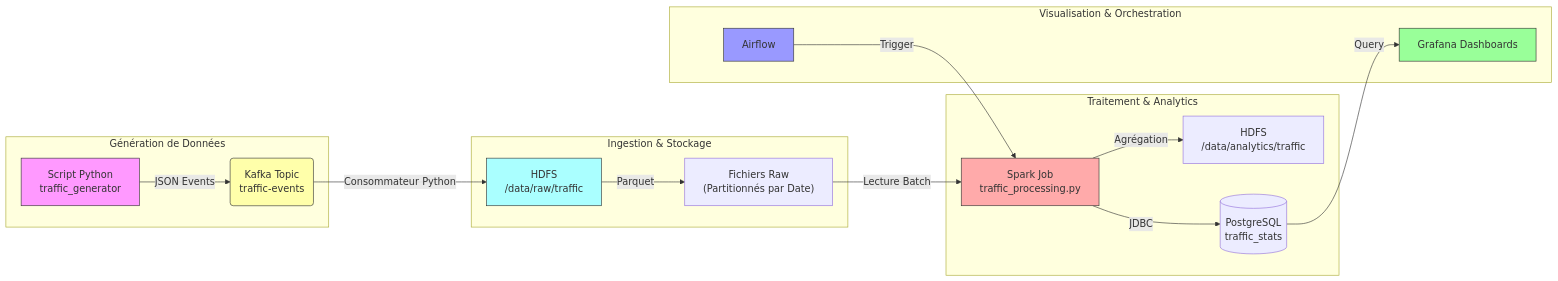
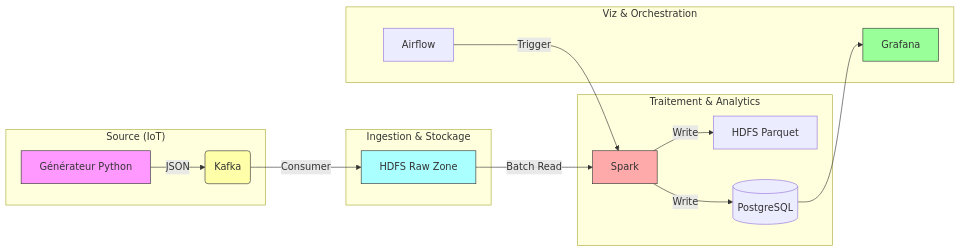
One commit to YoussoufHard/smart-city-traffic-pipeline changed the diagram in README.md. Above: the diagram before and after it, drawn with Mermaid. The commit also changed other lines of this file and 24 other files, not shown here.

````diff
--- a/README.md
+++ b/README.md
@@ -7,29 +36,27 @@
 ```mermaid
 graph LR
-    subgraph "Génération de Données"
-        A[Script Python<br/>traffic_generator] -->|JSON Events| B(Kafka Topic<br/>traffic-events)
+    subgraph "Source (IoT)"
+        A[Générateur Python] -->|JSON| B(Kafka)
     end
     
     subgraph "Ingestion & Stockage"
-        B -->|Consommateur Python| C[HDFS<br/>/data/raw/traffic]
-        C -->|Parquet| HDFS_RAW["Fichiers Raw<br/>(Partitionnés par Date)"]
+        B -->|Consumer| C[HDFS Raw Zone]
     end
     
     subgraph "Traitement & Analytics"
-        HDFS_RAW -->|Lecture Batch| D[Spark Job<br/>traffic_processing.py]
-        D -->|Agrégation| E[HDFS<br/>/data/analytics/traffic]
-        D -->|JDBC| F[(PostgreSQL<br/>traffic_stats)]
+        C -->|Batch Read| D[Spark]
+        D -->|Write| E[HDFS Parquet]
+        D -->|Write| F[(PostgreSQL)]
     end
     
-    subgraph "Visualisation & Orchestration"
-        F -->|Query| G[Grafana Dashboards]
+    subgraph "Viz & Orchestration"
+        F --> G[Grafana]
         H[Airflow] -->|Trigger| D
     end
 
     style A fill:#f9f,stroke:#333
     style B fill:#ffa,stroke:#333
     style C fill:#aff,stroke:#333
     style D fill:#faa,stroke:#333
     style G fill:#9f9,stroke:#333
-    style H fill:#99f,stroke:#333
 ```
````
